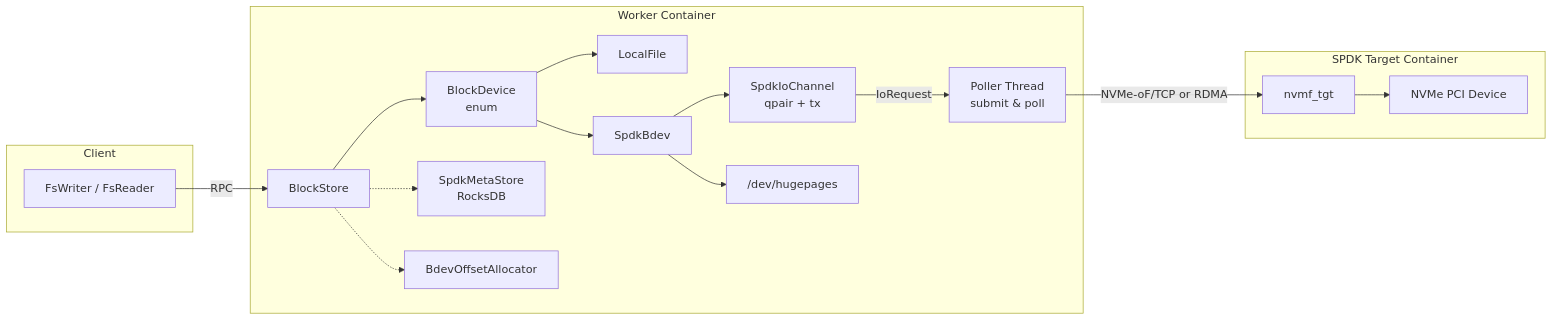
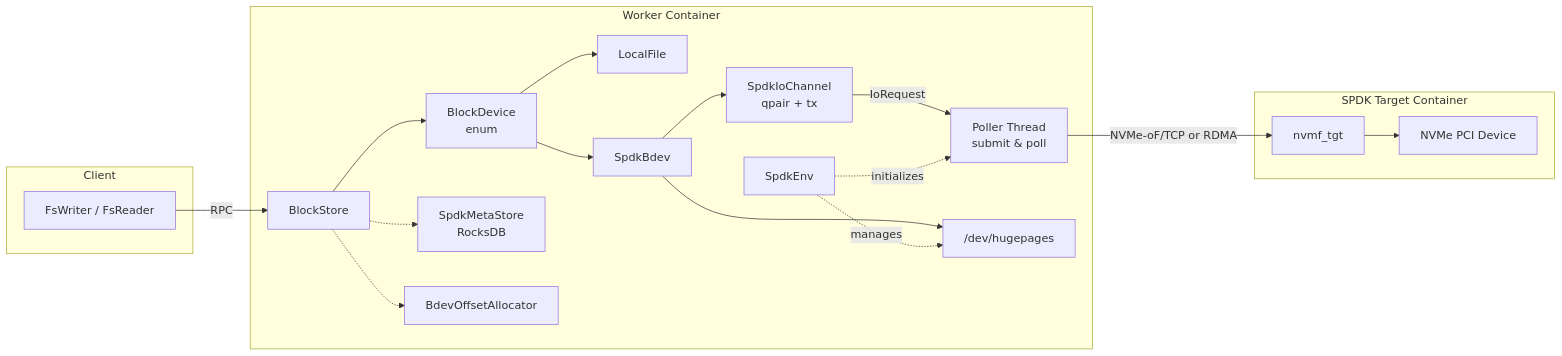
One commit to CurvineIO/curvine-doc changed the first of 5 diagrams in docs/5-Architecture/05-spdk-architecture.md. Above: the diagram before and after it, drawn with Mermaid. The commit also changed other lines of this file, not shown here.

Commit message:
feat: add spdkEnv component in diagram

````diff
--- a/docs/5-Architecture/05-spdk-architecture.md
+++ b/docs/5-Architecture/05-spdk-architecture.md
@@ -21,35 +19,38 @@
 ```mermaid
 flowchart LR
     subgraph Client_Container["Client"]
         FS[FsWriter / FsReader]
     end
 
     subgraph Worker_Container["Worker Container"]
+        ENV[SpdkEnv]
         BS[BlockStore]
         BD[BlockDevice<br/>enum]
         LF[LocalFile]
         SB[SpdkBdev]
         CH[SpdkIoChannel<br/>qpair + tx]
         PL[Poller Thread<br/>submit & poll]
         MT[SpdkMetaStore<br/>RocksDB]
         BA[BdevOffsetAllocator]
         HP["/dev/hugepages"]
         BS --> BD
         BD --> LF
         BD --> SB
         SB --> CH
         CH -->|IoRequest| PL
         SB --> HP
         BS -.-> MT
         BS -.-> BA
+        ENV -.->|initializes| PL
+        ENV -.->|manages| HP
     end
 
     subgraph Target_Container["SPDK Target Container"]
         NVMF[nvmf_tgt]
         PCI[NVMe PCI Device]
         NVMF --> PCI
     end
 
     FS -->|RPC| BS
     PL -->|NVMe-oF/TCP or RDMA| NVMF
 ```
````
